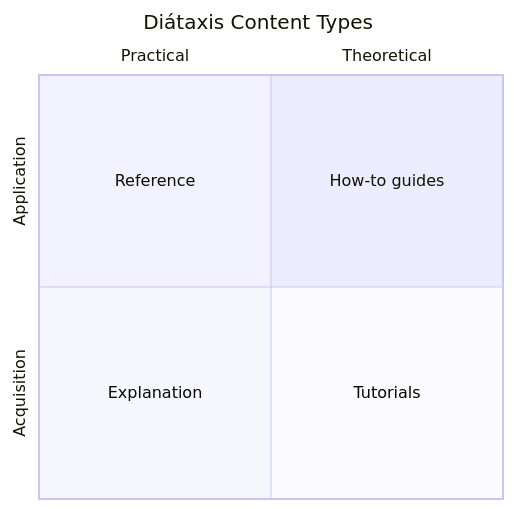
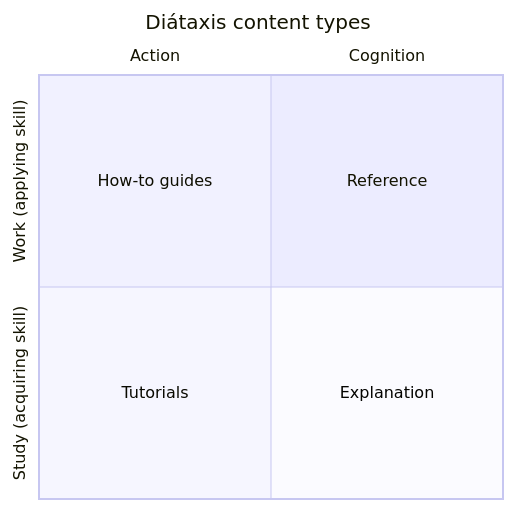
The diagram in docs/methodology.md (L-G99921/tw-portfolio), drawn with Mermaid before and after one commit. The commit also changed other lines of this file and 47 other files, not shown here.

````diff
--- a/docs/methodology.md
+++ b/docs/methodology.md
@@ -66,10 +53,10 @@
 ```mermaid
 quadrantChart
-    title Diátaxis Content Types
-    x-axis "Practical" --> "Theoretical"
-    y-axis "Acquisition" --> "Application"
-    quadrant-1 "How-to guides"
-    quadrant-2 "Reference"
-    quadrant-3 "Explanation"
-    quadrant-4 "Tutorials"
+    title Diátaxis content types
+    x-axis "Action" --> "Cognition"
+    y-axis "Study (acquiring skill)" --> "Work (applying skill)"
+    quadrant-1 "Reference"
+    quadrant-2 "How-to guides"
+    quadrant-3 "Tutorials"
+    quadrant-4 "Explanation"
 ```
````
